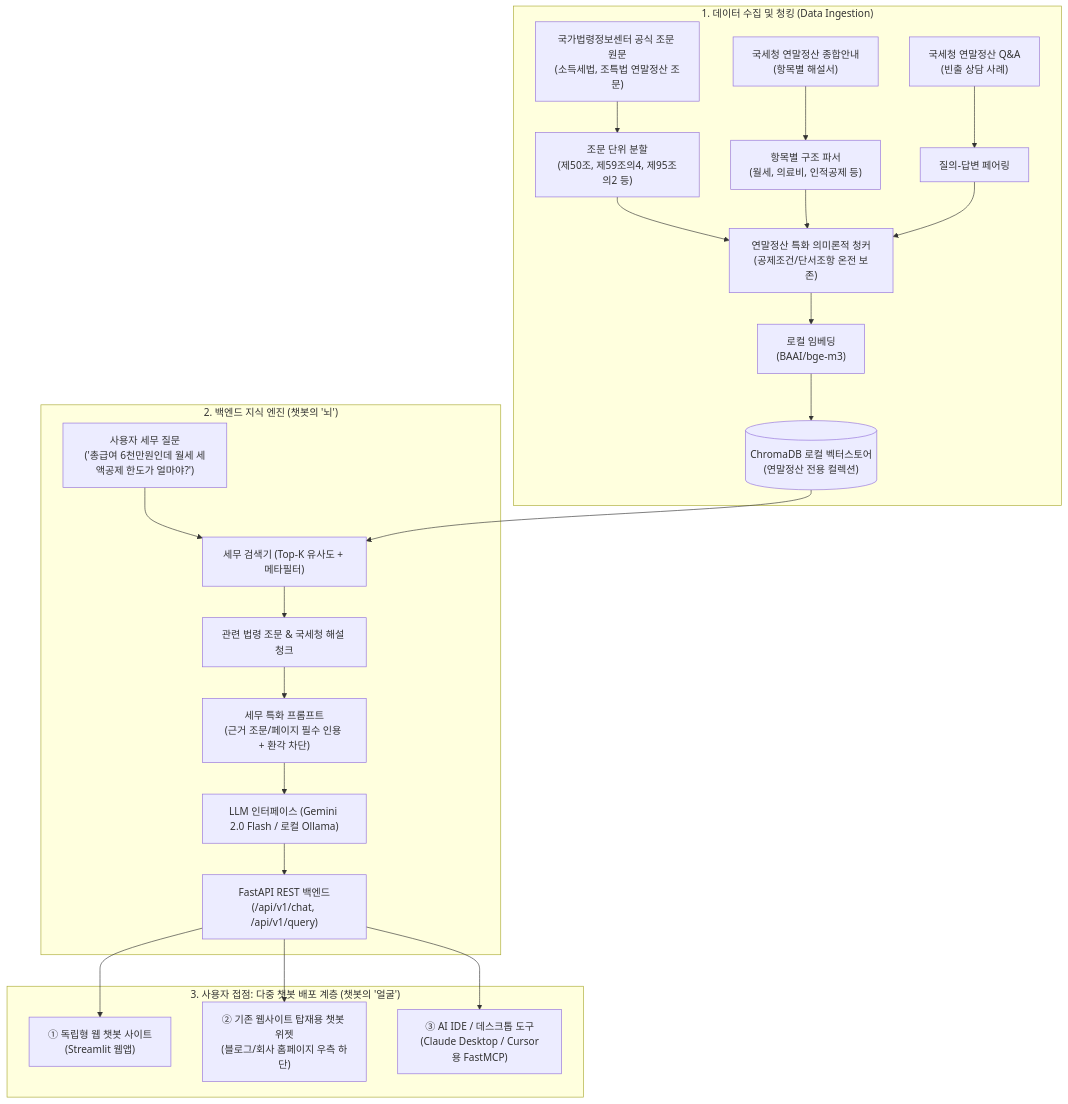
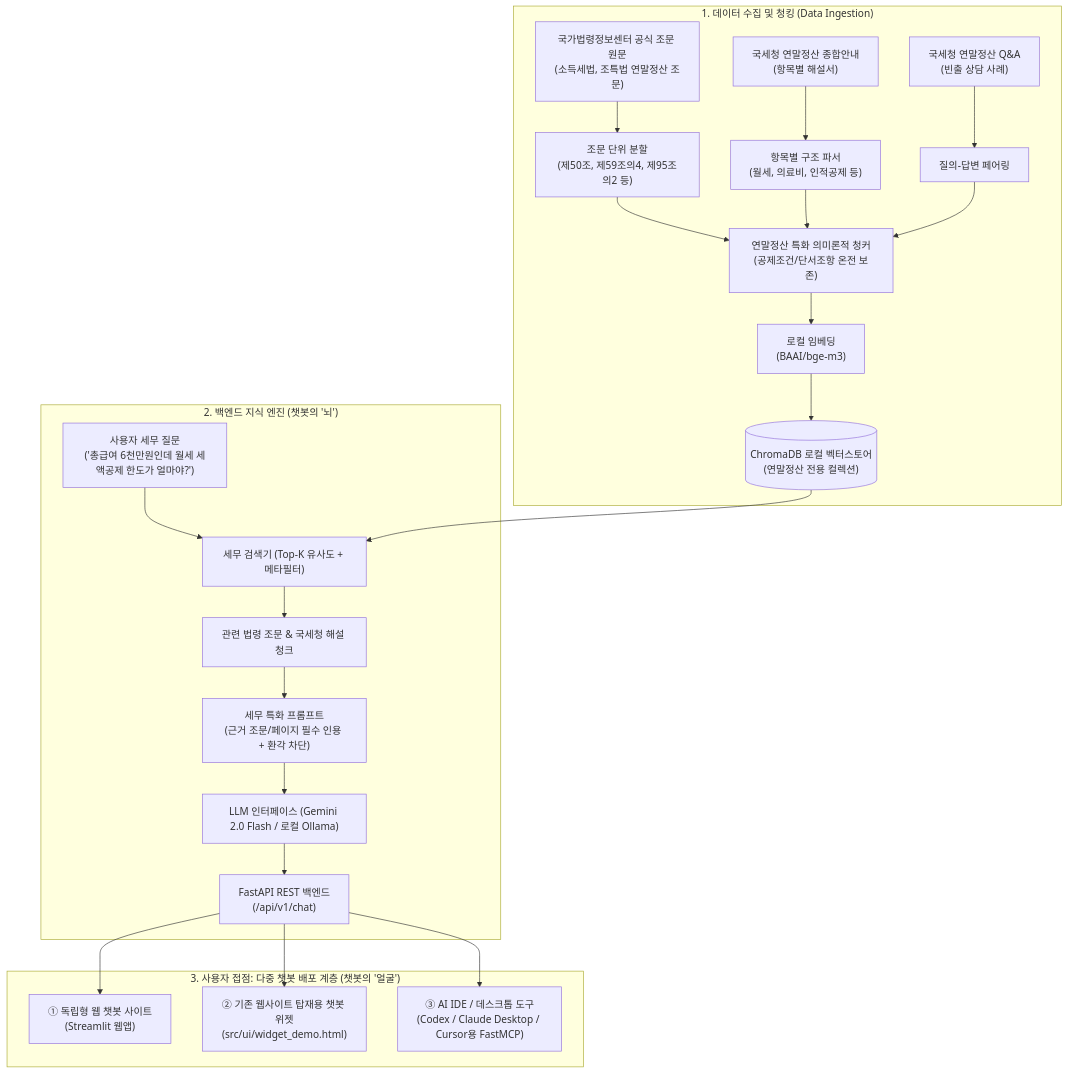
Before and after one commit to qooqookeke/rag_accounting_project: the diagram in README.md, drawn with Mermaid. The commit also changed other lines of this file and 4 other files, not shown here.

````diff
--- a/README.md
+++ b/README.md
@@ -163,30 +170,30 @@
 ```mermaid
 flowchart TD
     subgraph DataPipeline["1. 데이터 수집 및 청킹 (Data Ingestion)"]
         LawData["국가법령정보센터 공식 조문 원문\n(소득세법, 조특법 연말정산 조문)"] --> LawSplitter["조문 단위 분할\n(제50조, 제59조의4, 제95조의2 등)"]
         PDF["국세청 연말정산 종합안내\n(항목별 해설서)"] --> PDFParser["항목별 구조 파서\n(월세, 의료비, 인적공제 등)"]
         FAQ["국세청 연말정산 Q&A\n(빈출 상담 사례)"] --> FAQParser["질의-답변 페어링"]
         
         LawSplitter --> SemanticChunker["연말정산 특화 의미론적 청커\n(공제조건/단서조항 온전 보존)"]
         PDFParser --> SemanticChunker
         FAQParser --> SemanticChunker
         
         SemanticChunker --> LocalEmbedding["로컬 임베딩\n(BAAI/bge-m3)"]
         LocalEmbedding --> VectorDB[("ChromaDB 로컬 벡터스토어\n(연말정산 전용 컬렉션)")]
     end
 
     subgraph CoreEngine["2. 백엔드 지식 엔진 (챗봇의 '뇌')"]
         Query["사용자 세무 질문\n('총급여 6천만원인데 월세 세액공제 한도가 얼마야?')"] --> Retriever["세무 검색기 (Top-K 유사도 + 메타필터)"]
         VectorDB --> Retriever
         Retriever --> TopChunks["관련 법령 조문 & 국세청 해설 청크"]
         TopChunks --> PromptEngine["세무 특화 프롬프트\n(근거 조문/페이지 필수 인용 + 환각 차단)"]
         PromptEngine --> LLMProvider["LLM 인터페이스 (Gemini 2.0 Flash / 로컬 Ollama)"]
-        LLMProvider --> FastAPI["FastAPI REST 백엔드\n(/api/v1/chat, /api/v1/query)"]
+        LLMProvider --> FastAPI["FastAPI REST 백엔드\n(/api/v1/chat)"]
     end
 
     subgraph ServingLayer["3. 사용자 접점: 다중 챗봇 배포 계층 (챗봇의 '얼굴')"]
         FastAPI --> WebApp["① 독립형 웹 챗봇 사이트\n(Streamlit 웹앱)"]
-        FastAPI --> WebWidget["② 기존 웹사이트 탑재용 챗봇 위젯\n(블로그/회사 홈페이지 우측 하단)"]
-        FastAPI --> MCP["③ AI IDE / 데스크톱 도구\n(Claude Desktop / Cursor용 FastMCP)"]
+        FastAPI --> WebWidget["② 기존 웹사이트 탑재용 챗봇 위젯\n(src/ui/widget_demo.html)"]
+        FastAPI --> MCP["③ AI IDE / 데스크톱 도구\n(Codex / Claude Desktop / Cursor용 FastMCP)"]
     end
 ```
````
